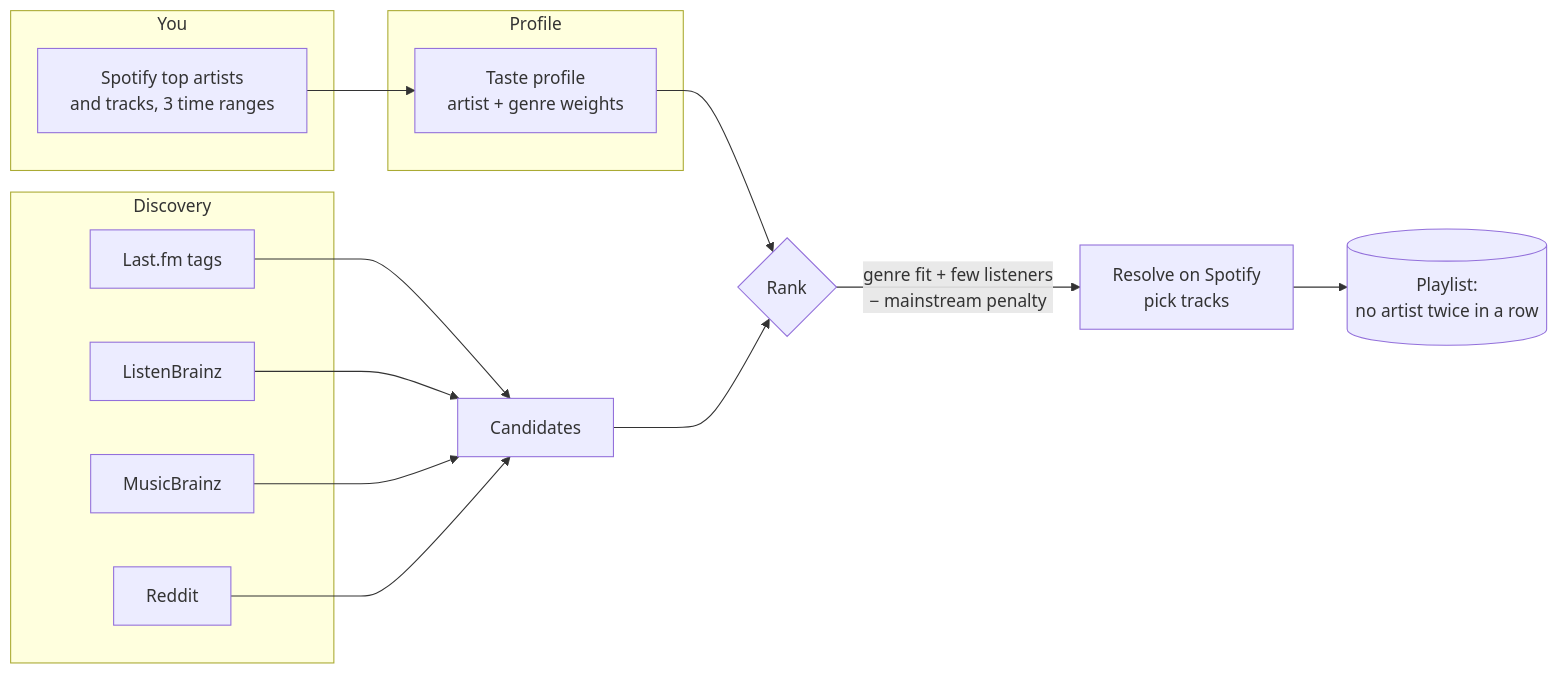
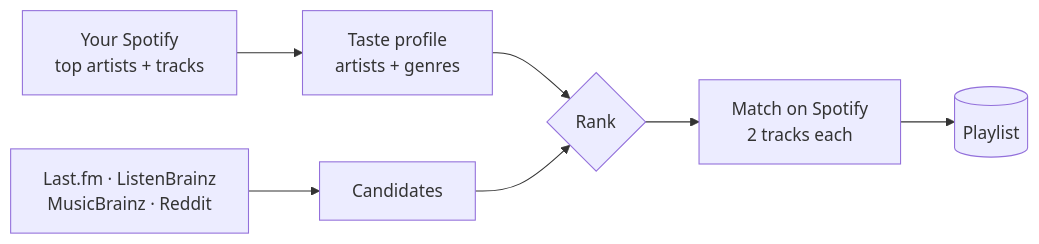
The first of 2 diagrams in README.md (petekaik/spotify-curator), drawn with Mermaid before and after one commit.

Commit message:
docs: simpler pipeline diagram that fits GitHub's Mermaid frame

````diff
--- a/README.md
+++ b/README.md
@@ -24,21 +24,9 @@
 ```mermaid
 flowchart LR
-    subgraph You
-        S[Spotify top artists<br/>and tracks, 3 time ranges]
-    end
-    subgraph Profile
-        P[Taste profile<br/>artist + genre weights]
-    end
-    subgraph Discovery
-        L[Last.fm tags]
-        LB[ListenBrainz]
-        MB[MusicBrainz]
-        R[Reddit]
-    end
-    S --> P
-    L & LB & MB & R --> C[Candidates]
-    P --> K{Rank}
+    S["Your Spotify<br/>top artists + tracks"] --> P["Taste profile<br/>artists + genres"]
+    D["Last.fm · ListenBrainz<br/>MusicBrainz · Reddit"] --> C["Candidates"]
+    P --> K{"Rank"}
     C --> K
-    K -- "genre fit + few listeners<br/>− mainstream penalty" --> T[Resolve on Spotify<br/>pick tracks]
-    T --> PL[(Playlist:<br/>no artist twice in a row)]
+    K --> T["Match on Spotify<br/>2 tracks each"]
+    T --> PL[("Playlist")]
 ```
````
